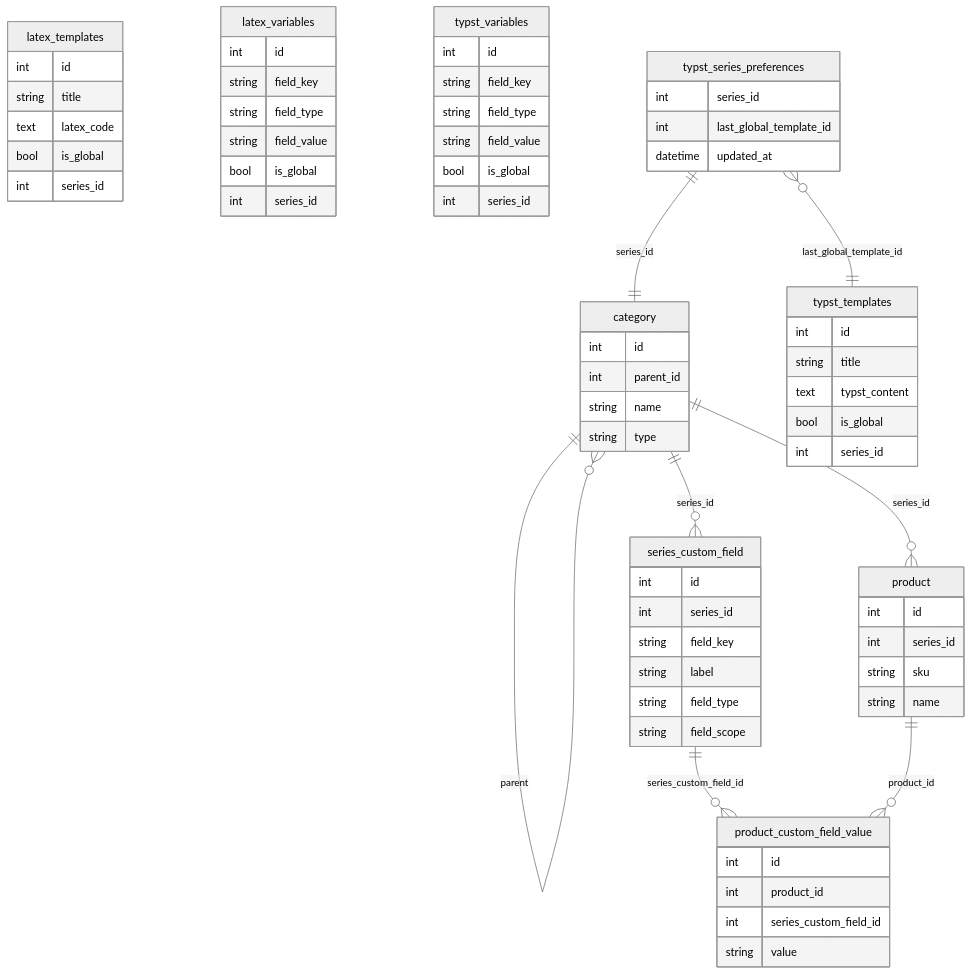
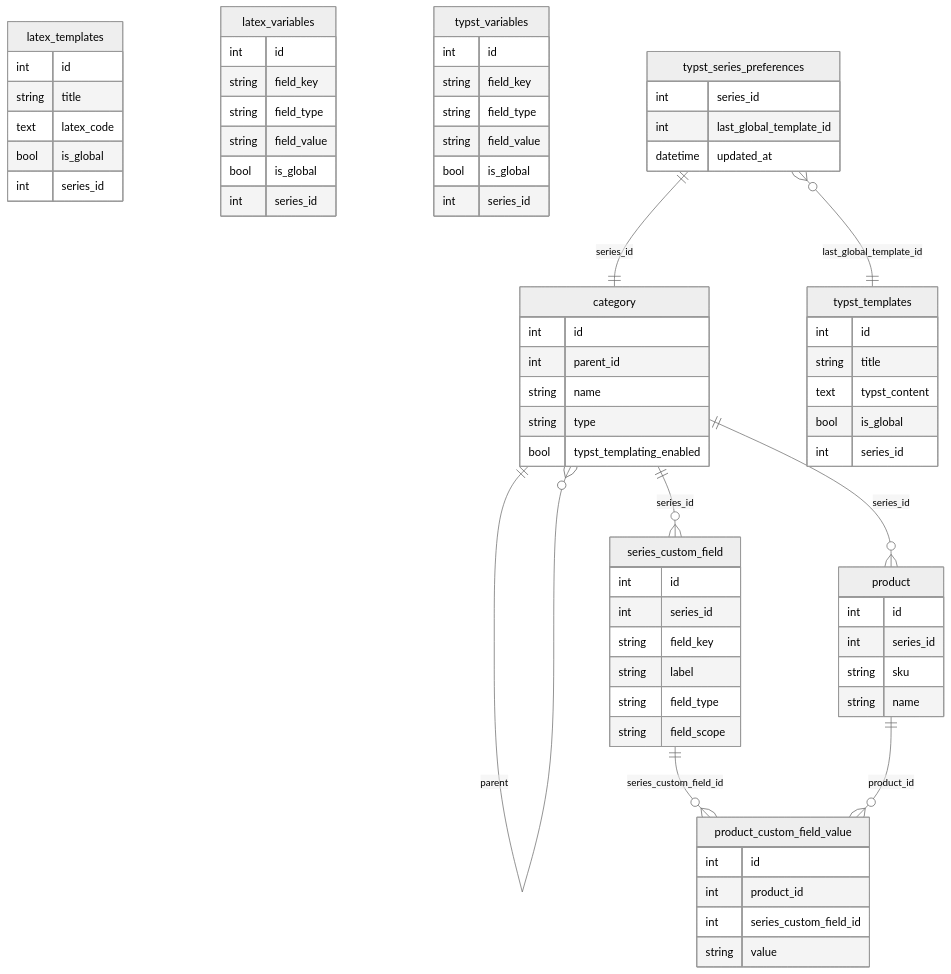
The fourth of 9 diagrams in docs/spec.md (sinjie2008/Foundational-Electronics-Core-Systems), drawn with Mermaid (neutral theme) before and after one commit. The commit also changed other lines of this file and 6 other files, not shown here.

````diff
--- a/docs/spec.md
+++ b/docs/spec.md
@@ -69,71 +70,72 @@
 ```mermaid
 erDiagram
     category ||--o{ category : parent
     category ||--o{ product : series_id
     category ||--o{ series_custom_field : series_id
     series_custom_field ||--o{ product_custom_field_value : series_custom_field_id
     product ||--o{ product_custom_field_value : product_id
     category {
         int id
         int parent_id
         string name
         string type
+        bool typst_templating_enabled
     }
     product {
         int id
         int series_id
         string sku
         string name
     }
     series_custom_field {
         int id
         int series_id
         string field_key
         string label
         string field_type
         string field_scope
     }
     product_custom_field_value {
         int id
         int product_id
         int series_custom_field_id
         string value
     }
     latex_templates {
         int id
         string title
         text latex_code
         bool is_global
         int series_id
     }
     latex_variables {
         int id
         string field_key
         string field_type
         string field_value
         bool is_global
         int series_id
     }
     typst_templates {
         int id
         string title
         text typst_content
         bool is_global
         int series_id
     }
     typst_variables {
         int id
         string field_key
         string field_type
         string field_value
         bool is_global
         int series_id
     }
     typst_series_preferences {
         int series_id
         int last_global_template_id
         datetime updated_at
     }
     typst_series_preferences ||--|| category : series_id
     typst_series_preferences }o--|| typst_templates : last_global_template_id
 ```
````
